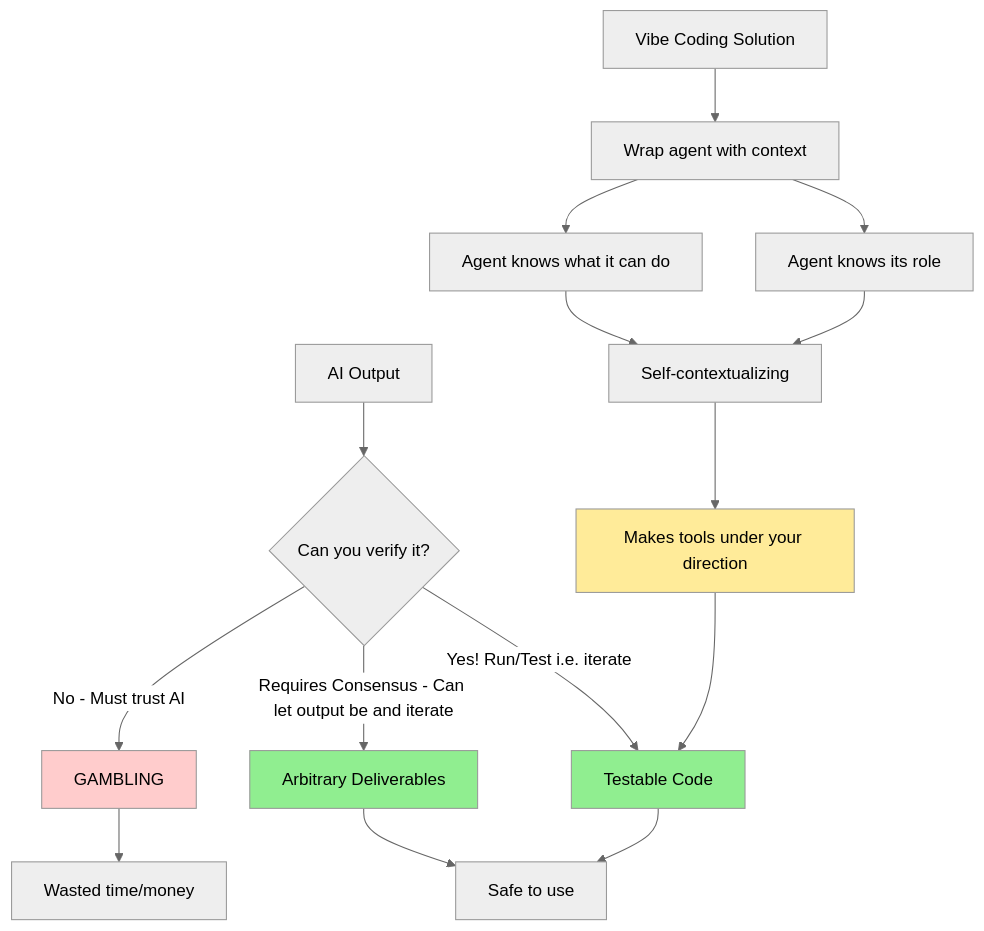
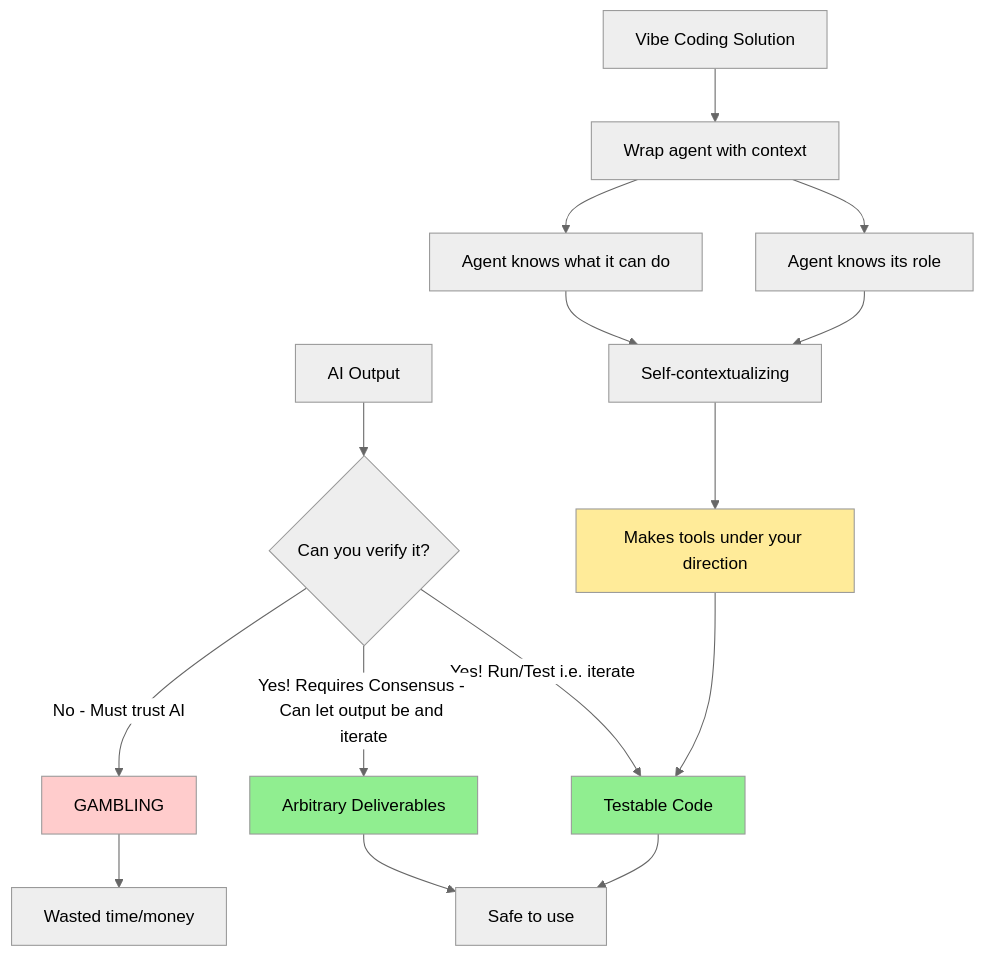
One commit to sancovp/starship-mcp changed the diagram in docs/diagrams/0_BaseSituation.mermaid. Above: the diagram before and after it, drawn with Mermaid (neutral theme).

```diff
--- a/docs/diagrams/0_BaseSituation.mermaid
+++ b/docs/diagrams/0_BaseSituation.mermaid
@@ -1,22 +1,22 @@
 flowchart TD
     A[AI Output] --> B{Can you verify it?}
     B -->|Yes! Run/Test i.e. iterate| C[Testable Code]
-    B -->|Requires Consensus - Can let output be and iterate| D[Arbitrary Deliverables]
+    B -->|Yes! Requires Consensus - Can let output be and iterate| D[Arbitrary Deliverables]
     B -->|No - Must trust AI| E[GAMBLING]
     
     C --> F[Safe to use]
     D --> F
     E --> G[Wasted time/money]
     
     H[Vibe Coding Solution] --> I[Wrap agent with context]
     I --> J[Agent knows its role]
     I --> K[Agent knows what it can do]
     J --> L[Self-contextualizing]
     K --> L
     L --> M[Makes tools under your direction]
     M --> C
     
     style C fill:#90EE90
     style D fill:#90EE90
     style E fill:#ffcccc
     style M fill:#ffeb99
```
